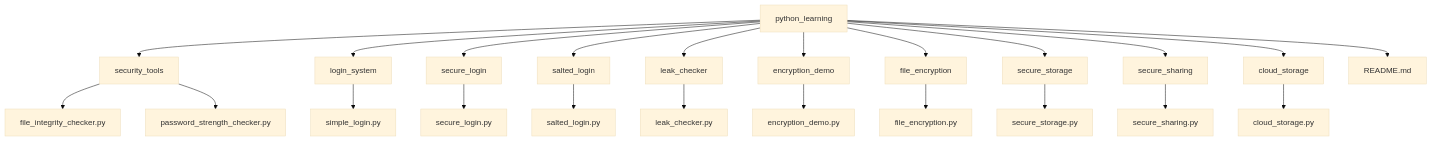
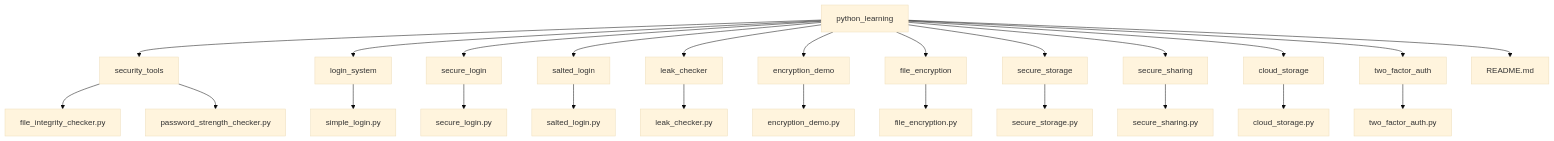
The diagram in README.md (Hawkins30/python_learning), drawn with Mermaid (base theme) before and after one commit. The commit also changed other lines of this file, not shown here.

Commit message:
Updated README with Project 12: Two-Factor Authentication, tables, and diagram

````diff
--- a/README.md
+++ b/README.md
@@ -233,26 +250,28 @@
 ```mermaid
 graph TD
 A[python_learning] --> B[security_tools]
 A --> C[login_system]
 A --> D[secure_login]
 A --> E[salted_login]
 A --> F[leak_checker]
 A --> H[encryption_demo]
 A --> I[file_encryption]
 A --> J[secure_storage]
 A --> K[secure_sharing]
 A --> L[cloud_storage]
+A --> M[two_factor_auth]
 A --> G[README.md]
 
 B --> B1[file_integrity_checker.py]
 B --> B2[password_strength_checker.py]
 C --> C1[simple_login.py]
 D --> D1[secure_login.py]
 E --> E1[salted_login.py]
 F --> F1[leak_checker.py]
 H --> H1[encryption_demo.py]
 I --> I1[file_encryption.py]
 J --> J1[secure_storage.py]
 K --> K1[secure_sharing.py]
 L --> L1[cloud_storage.py]
+M --> M1[two_factor_auth.py]
 ```
````
